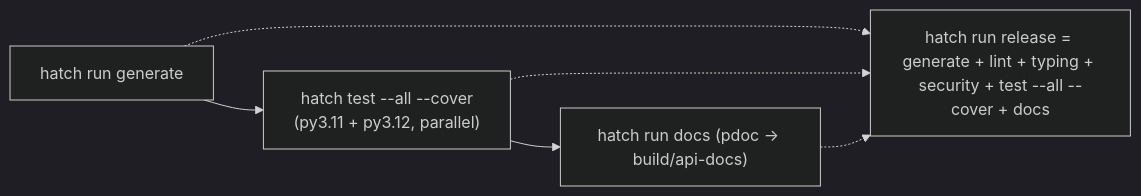
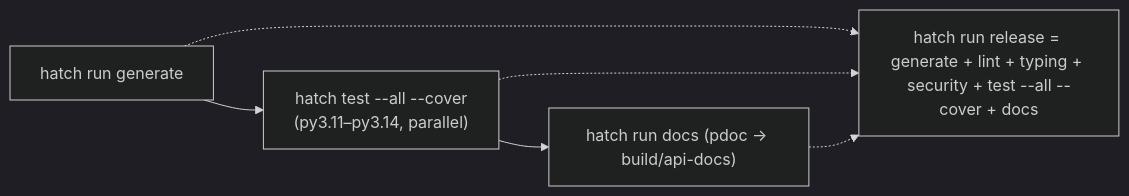
One commit to cairn-proofs/oscal-bindings-python changed the eighth of 8 diagrams in .agents/summary/workflows.md. Above: the diagram before and after it, drawn with Mermaid (dark theme). The commit also changed 19 other files, not shown here.

````diff
--- a/.agents/summary/workflows.md
+++ b/.agents/summary/workflows.md
@@ -141,8 +141,8 @@
 ```mermaid
 flowchart LR
-    G["hatch run generate"] --> T["hatch test --all --cover<br/>(py3.11 + py3.12, parallel)"]
+    G["hatch run generate"] --> T["hatch test --all --cover<br/>(py3.11–py3.14, parallel)"]
     T --> D["hatch run docs (pdoc → build/api-docs)"]
     G -.-> R["hatch run release = generate + lint + typing + security + test --all --cover + docs"]
     T -.-> R
     D -.-> R
 ```
````
